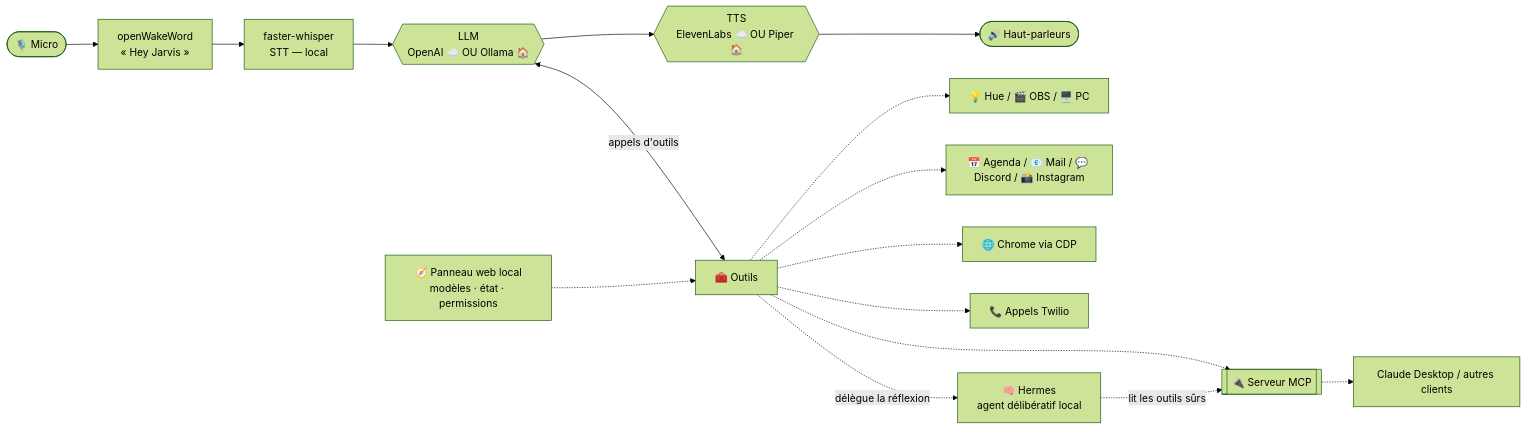
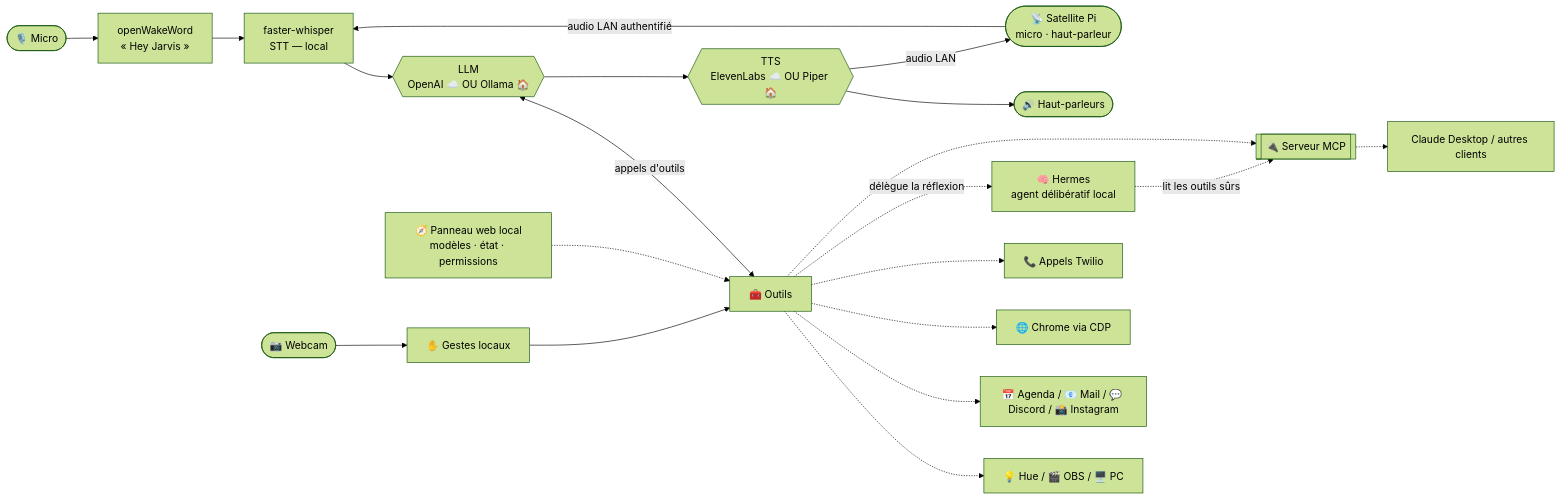
Before and after one commit to flochatelain0-sudo/jarvis-assistant-vocal: the diagram in README.md, drawn with Mermaid (forest theme). The commit also changed other lines of this file and 1 other file, not shown here.

Commit message:
Docs : expose gestes, cockpit et satellite

````diff
--- a/README.md
+++ b/README.md
@@ -66,19 +69,24 @@
 ```mermaid
 flowchart LR
     Mic([🎙️ Micro]) --> WW[openWakeWord<br/>« Hey Jarvis »]
     WW --> STT[faster-whisper<br/>STT — local]
     STT --> LLM{{LLM<br/>OpenAI ☁️ OU Ollama 🏠}}
     LLM <-->|appels d'outils| TOOLS[🧰 Outils]
     LLM --> TTS{{TTS<br/>ElevenLabs ☁️ OU Piper 🏠}}
     TTS --> SPK([🔊 Haut-parleurs])
+
+    SAT([📡 Satellite Pi<br/>micro · haut-parleur]) -->|audio LAN authentifié| STT
+    TTS -->|audio LAN| SAT
+    CAM([📷 Webcam]) --> GEST[✋ Gestes locaux]
+    GEST --> TOOLS
 
     TOOLS -.-> HOME[💡 Hue / 🎬 OBS / 🖥️ PC]
     TOOLS -.-> NET[📅 Agenda / 📧 Mail / 💬 Discord / 📸 Instagram]
     TOOLS -.-> CDP[🌐 Chrome via CDP]
     TOOLS -.-> TW[📞 Appels Twilio]
     TOOLS -.->|délègue la réflexion| HERMES[🧠 Hermes<br/>agent délibératif local]
     TOOLS -.-> MCP[[🔌 Serveur MCP]]
     HERMES -.->|lit les outils sûrs| MCP
     MCP -.-> EXT[Claude Desktop / autres clients]
     PANEL[🧭 Panneau web local<br/>modèles · état · permissions] -.-> TOOLS
 ```
````
